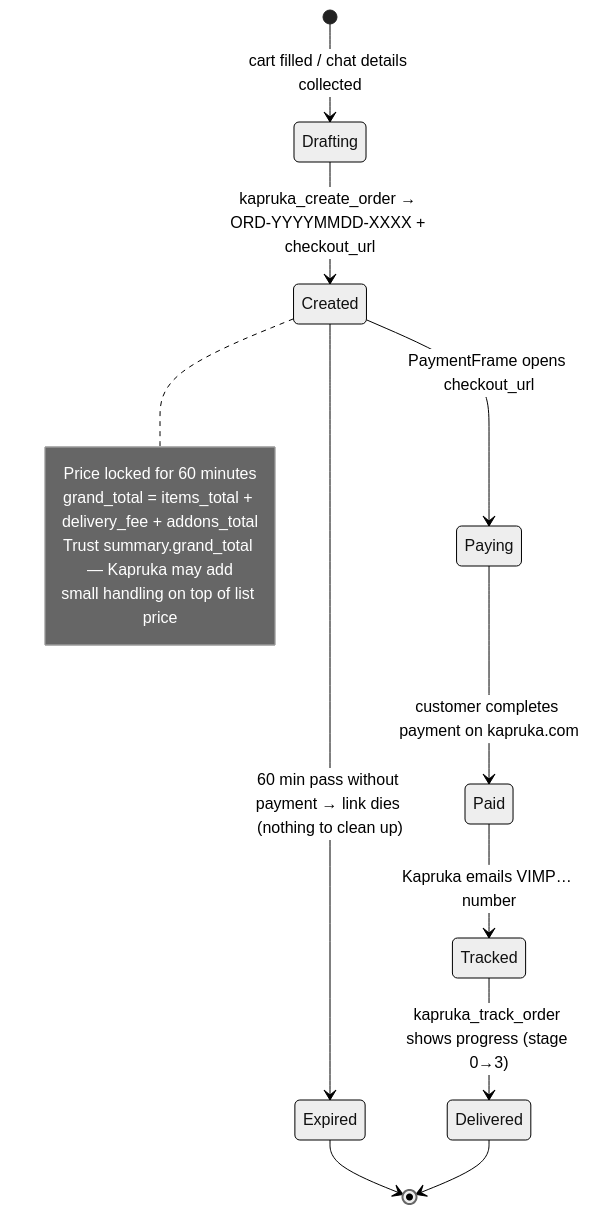
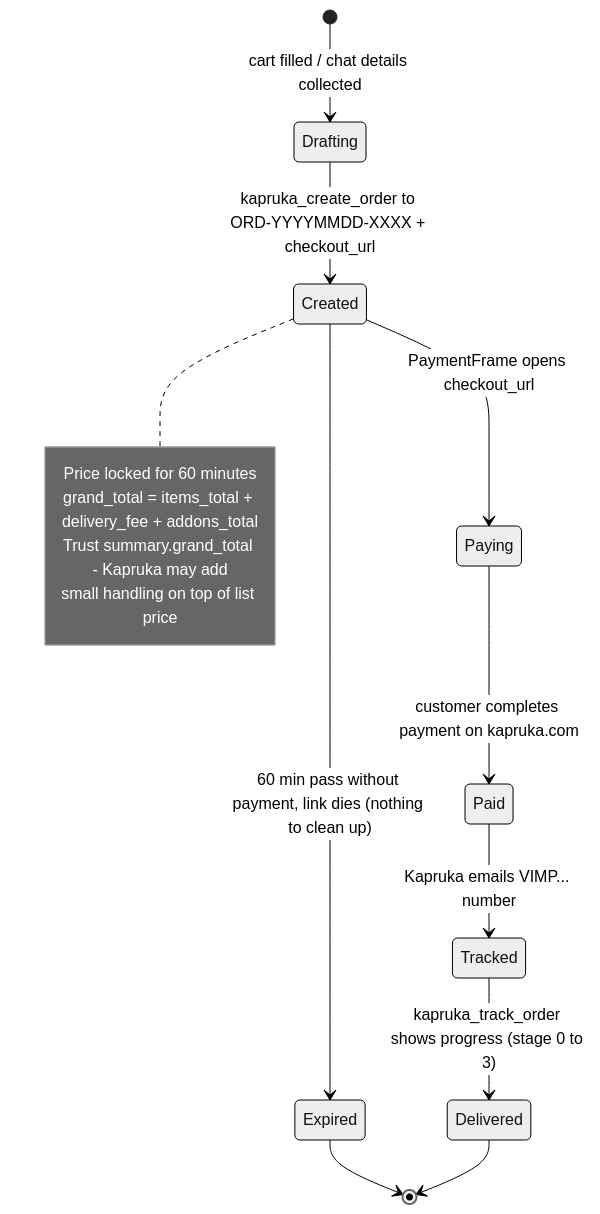
Before and after one commit to LasaKaru/kapri: the sixth of 8 diagrams in README.md, drawn with Mermaid (neutral theme). The commit also changed other lines of this file, not shown here.

First line of the commit message:
docs: make all README mermaid diagrams GitHub-renderable

````diff
--- a/README.md
+++ b/README.md
@@ -313,18 +315,18 @@
 ```mermaid
 stateDiagram-v2
     [*] --> Drafting: cart filled / chat details collected
-    Drafting --> Created: kapruka_create_order → ORD-YYYYMMDD-XXXX + checkout_url
+    Drafting --> Created: kapruka_create_order to ORD-YYYYMMDD-XXXX + checkout_url
     note right of Created
         Price locked for 60 minutes
         grand_total = items_total + delivery_fee + addons_total
-        Trust summary.grand_total — Kapruka may add
+        Trust summary.grand_total - Kapruka may add
         small handling on top of list price
     end note
     Created --> Paying: PaymentFrame opens checkout_url
-    Created --> Expired: 60 min pass without payment → link dies (nothing to clean up)
+    Created --> Expired: 60 min pass without payment, link dies (nothing to clean up)
     Paying --> Paid: customer completes payment on kapruka.com
-    Paid --> Tracked: Kapruka emails VIMP… number
-    Tracked --> Delivered: kapruka_track_order shows progress (stage 0→3)
+    Paid --> Tracked: Kapruka emails VIMP... number
+    Tracked --> Delivered: kapruka_track_order shows progress (stage 0 to 3)
     Expired --> [*]
     Delivered --> [*]
 ```
````
